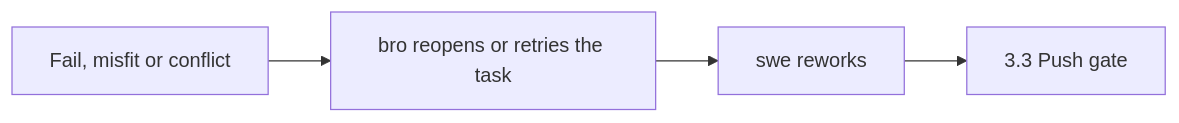
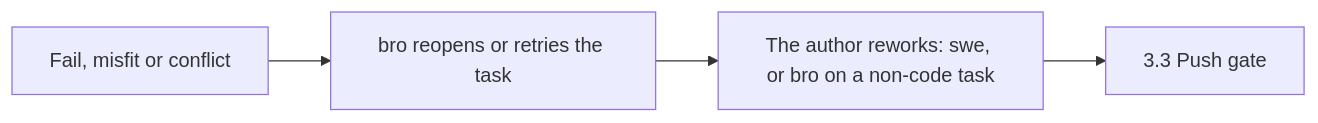
Before and after one commit to trustmybot/plugin: the eighth of 17 diagrams in docs/architecture/FLOWS.md, drawn with Mermaid. The commit also changed other lines of this file and 3 other files, not shown here.

First line of the commit message:
📝 docs(architecture): code task and non-code task flows (GH 3139)

````diff
--- a/docs/architecture/FLOWS.md
+++ b/docs/architecture/FLOWS.md
@@ -123,6 +129,6 @@
 ```mermaid
 flowchart LR
     A[Fail, misfit or conflict] --> B[bro reopens or retries the task]
-    B --> C[swe reworks]
+    B --> C[The author reworks: swe, or bro on a non-code task]
     C --> D[3.3 Push gate]
 ```
````
